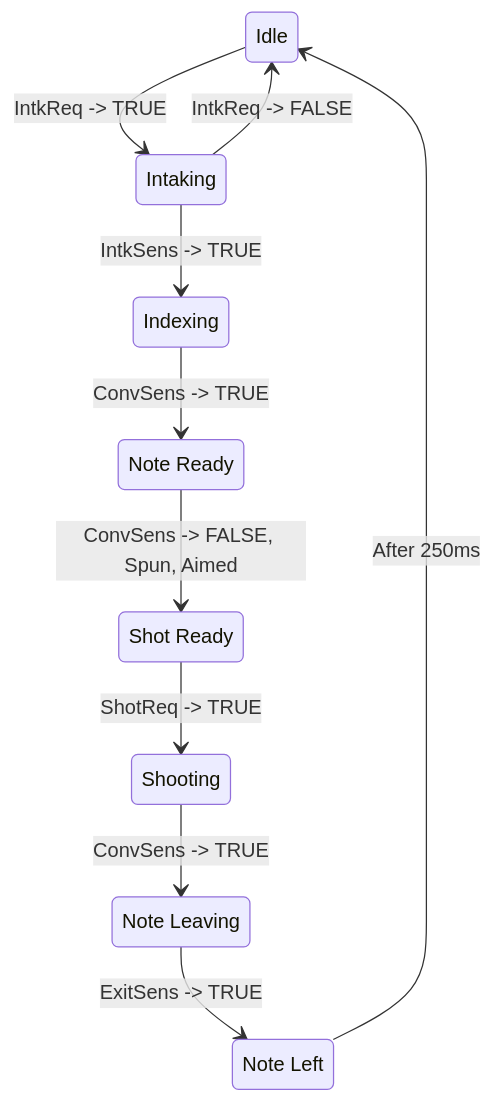
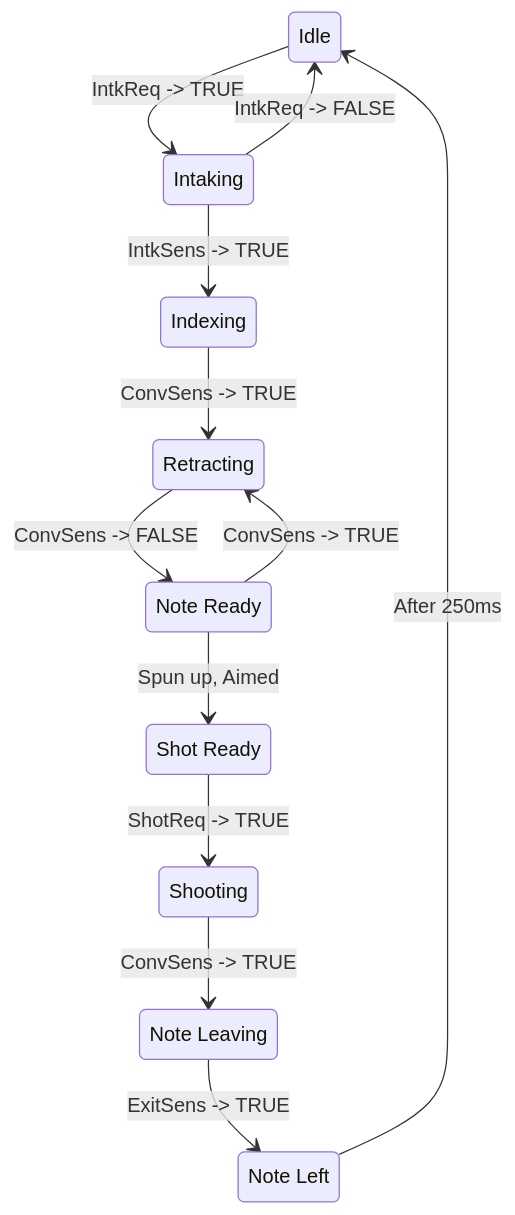
One commit to WaltonRobotics/Crescendo changed the diagram in docs/superstructure.md. Above: the diagram before and after it, drawn with Mermaid. The commit also changed other lines of this file, not shown here.

Commit message:
update superstructure documentation to include retracting state

````diff
--- a/docs/superstructure.md
+++ b/docs/superstructure.md
@@ -24,22 +24,25 @@
 ```mermaid
 stateDiagram-v2
   state "Idle" as s1
   state "Intaking" as s2
   state "Indexing" as s3
-  state "Note Ready" as s4
-  state "Shot Ready" as s5
-  state "Shooting" as s6
-  state "Note Leaving" as s7
-  state "Note Left" as s8
+  state "Retracting" as s4
+  state "Note Ready" as s5
+  state "Shot Ready" as s6
+  state "Shooting" as s7
+  state "Note Leaving" as s8
+  state "Note Left" as s9
 
   s1 --> s2: IntkReq -> TRUE
   s2 --> s1: IntkReq -> FALSE
   s2 --> s3: IntkSens -> TRUE
   s3 --> s4: ConvSens -> TRUE
-  s4 --> s5: ConvSens -> FALSE, Spun, Aimed
-  s5 --> s6: ShotReq -> TRUE
-  s6 --> s7: ConvSens -> TRUE
-  s7 --> s8: ExitSens -> TRUE
-  s8 --> s1: After 250ms
+  s4 --> s5: ConvSens -> FALSE
+  s5 --> s4: ConvSens -> TRUE
+  s5 --> s6: Spun up, Aimed
+  s6 --> s7: ShotReq -> TRUE
+  s7 --> s8: ConvSens -> TRUE
+  s8 --> s9: ExitSens -> TRUE
+  s9 --> s1: After 250ms
 
 ```
````
